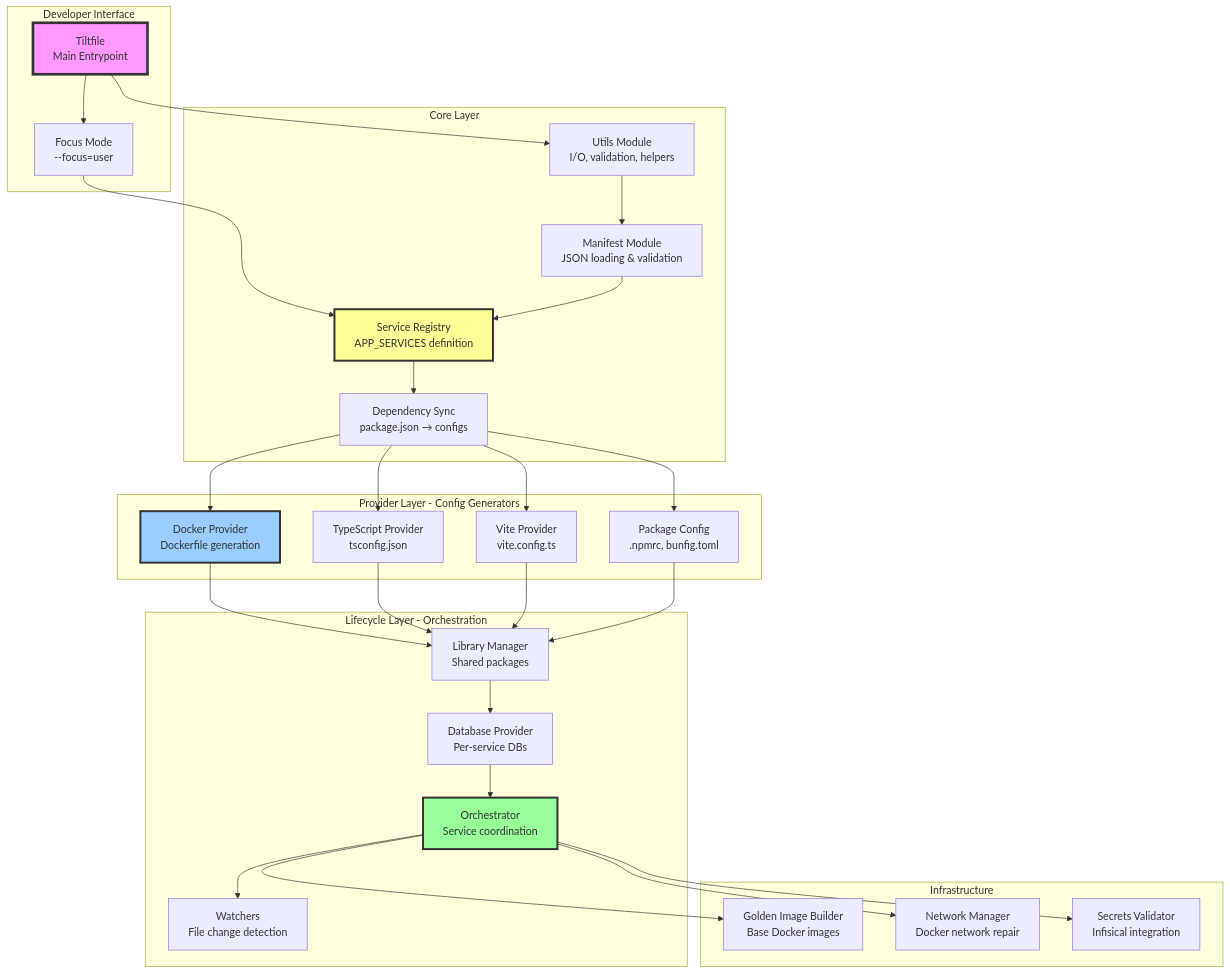
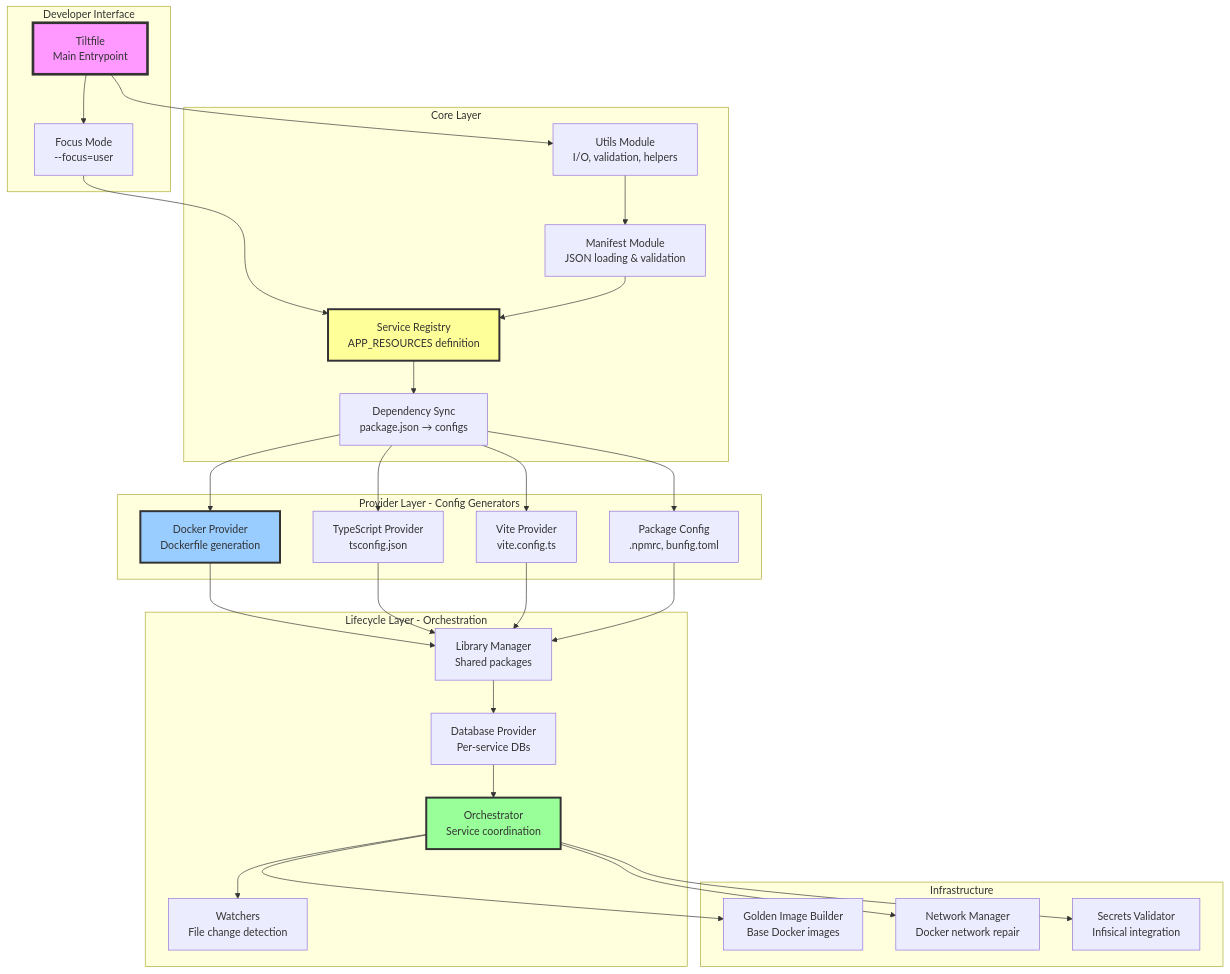
Before and after one commit to AK-Lmn/tdk-cli-core: the second of 5 diagrams in engine/docs/C4-ARCHITECTURE-overview.md, drawn with Mermaid. The commit also changed other lines of this file and 147 other files, not shown here.

````diff
--- a/engine/docs/C4-ARCHITECTURE-overview.md
+++ b/engine/docs/C4-ARCHITECTURE-overview.md
@@ -35,64 +35,64 @@
 ```mermaid
 graph TB
     subgraph "Developer Interface"
         CLI[Tiltfile<br/>Main Entrypoint]
         Focus[Focus Mode<br/>--focus=user]
     end
     
     subgraph "Core Layer"
         Utils[Utils Module<br/>I/O, validation, helpers]
         Manifest[Manifest Module<br/>JSON loading & validation]
-        Registry[Service Registry<br/>APP_SERVICES definition]
+        Registry[Service Registry<br/>APP_RESOURCES definition]
         DepSync[Dependency Sync<br/>package.json → configs]
     end
     
     subgraph "Provider Layer - Config Generators"
         Docker[Docker Provider<br/>Dockerfile generation]
         TS[TypeScript Provider<br/>tsconfig.json]
         Vite[Vite Provider<br/>vite.config.ts]
         NPM[Package Config<br/>.npmrc, bunfig.toml]
     end
     
     subgraph "Lifecycle Layer - Orchestration"
         Libs[Library Manager<br/>Shared packages]
         DB[Database Provider<br/>Per-service DBs]
         Orch[Orchestrator<br/>Service coordination]
         Watch[Watchers<br/>File change detection]
     end
     
     subgraph "Infrastructure"
         Golden[Golden Image Builder<br/>Base Docker images]
         Network[Network Manager<br/>Docker network repair]
         Infisical[Secrets Validator<br/>Infisical integration]
     end
     
     CLI --> Focus
     CLI --> Utils
     Focus --> Registry
     Utils --> Manifest
     Manifest --> Registry
     Registry --> DepSync
     
     DepSync --> Docker
     DepSync --> TS
     DepSync --> Vite
     DepSync --> NPM
     
     Docker --> Libs
     TS --> Libs
     Vite --> Libs
     NPM --> Libs
     
     Libs --> DB
     DB --> Orch
     Orch --> Watch
     
     Orch --> Golden
     Orch --> Network
     Orch --> Infisical
     
     style CLI fill:#f9f,stroke:#333,stroke-width:4px
     style Registry fill:#ff9,stroke:#333,stroke-width:3px
     style Docker fill:#9cf,stroke:#333,stroke-width:3px
     style Orch fill:#9f9,stroke:#333,stroke-width:3px
 ```
````
